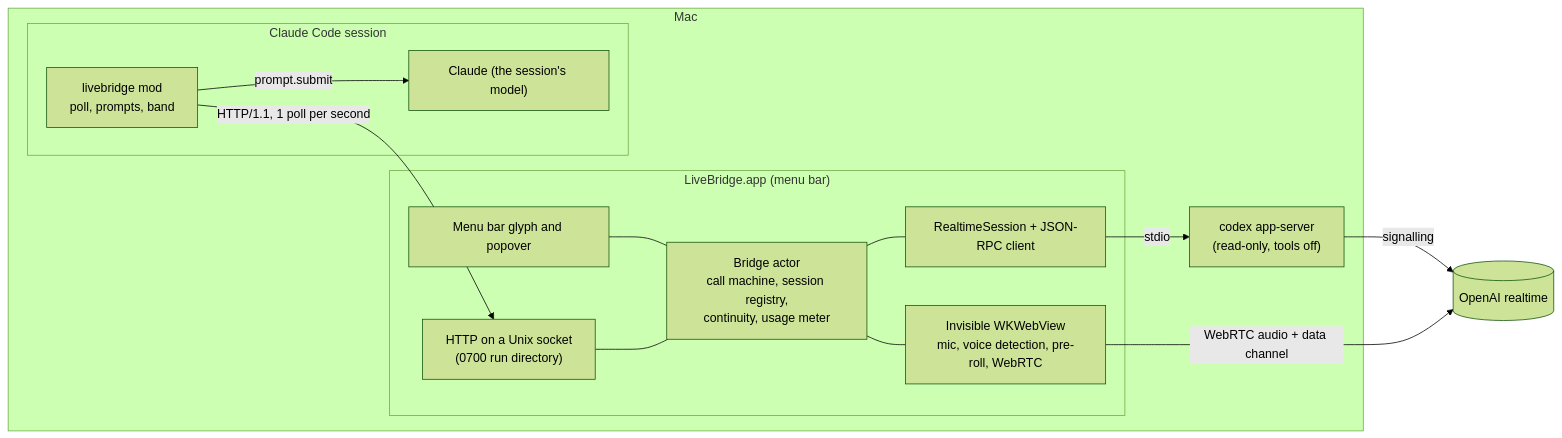
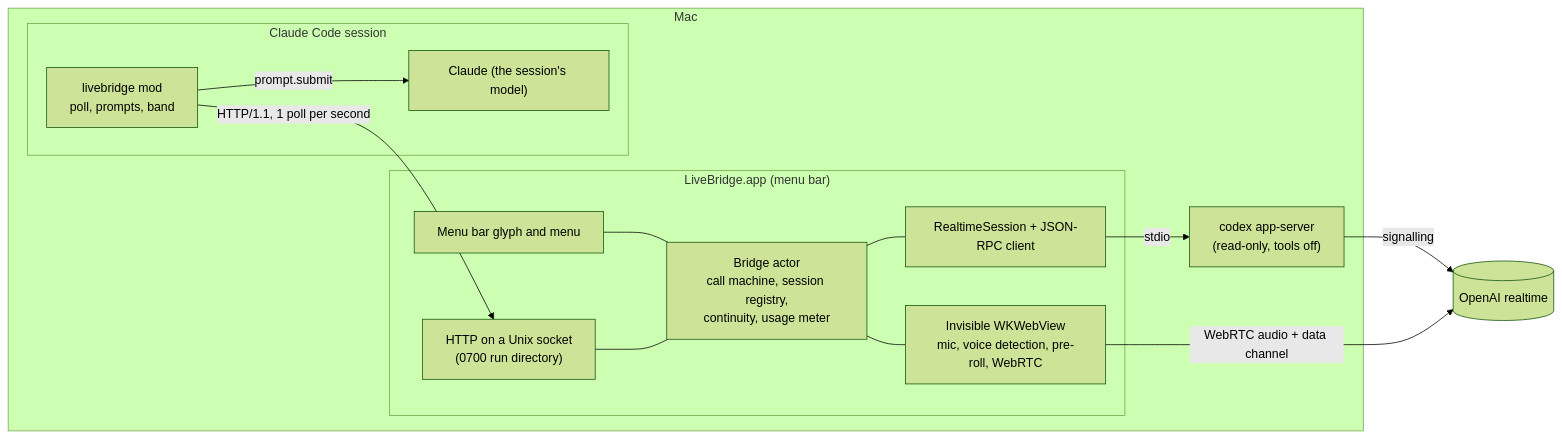
One commit to Nezhinskiy/claude-gpt-live-bridge changed the first of 7 diagrams in docs/architecture/overview.md. Above: the diagram before and after it, drawn with Mermaid (forest theme). The commit also changed other lines of this file and 2 other files, not shown here.

Commit message:
docs: the menu bar item opens a menu, not a popover

````diff
--- a/docs/architecture/overview.md
+++ b/docs/architecture/overview.md
@@ -10,27 +10,27 @@
 ```mermaid
 flowchart LR
   subgraph Mac
     subgraph App["LiveBridge.app (menu bar)"]
-      UI["Menu bar glyph and popover"]
+      UI["Menu bar glyph and menu"]
       Bridge["Bridge actor<br/>call machine, session registry,<br/>continuity, usage meter"]
       Server["HTTP on a Unix socket<br/>(0700 run directory)"]
       Codex["RealtimeSession + JSON-RPC client"]
       Audio["Invisible WKWebView<br/>mic, voice detection, pre-roll, WebRTC"]
     end
     CodexProc["codex app-server<br/>(read-only, tools off)"]
     subgraph Engine["Claude Code session"]
       Mod["livebridge mod<br/>poll, prompts, band"]
       Claude["Claude (the session's model)"]
     end
   end
   OpenAI[("OpenAI realtime")]
   UI --- Bridge
   Server --- Bridge
   Bridge --- Codex
   Bridge --- Audio
   Codex -- stdio --> CodexProc
   CodexProc -- signalling --> OpenAI
   Audio -- "WebRTC audio + data channel" --> OpenAI
   Mod -- "HTTP/1.1, 1 poll per second" --> Server
   Mod -- "prompt.submit" --> Claude
 ```
````
